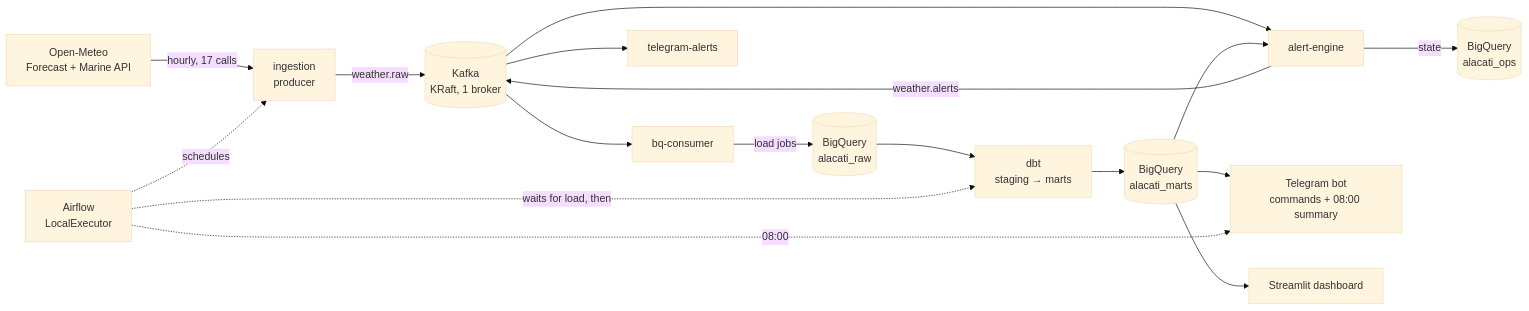
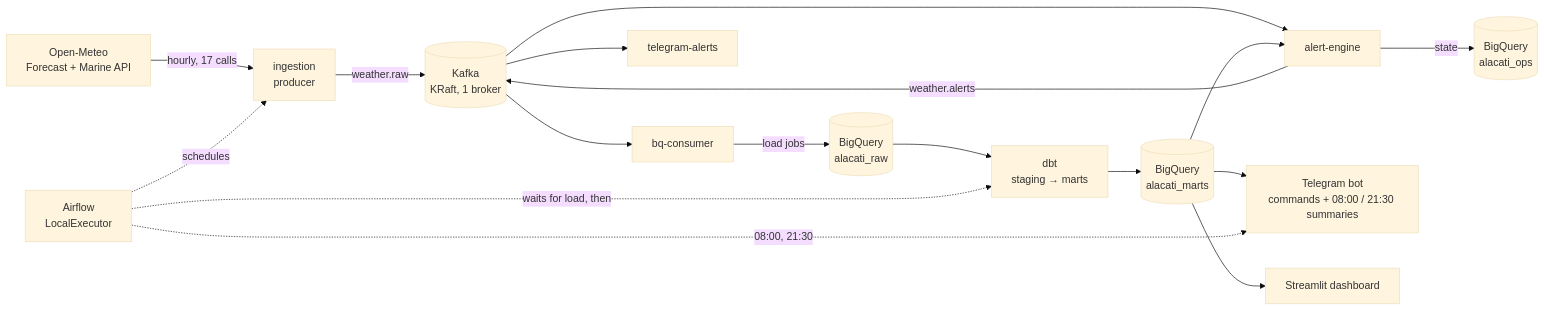
Before and after one commit to omowalee/alacati-hava: the diagram in README.md, drawn with Mermaid (base theme). The commit also changed other lines of this file and 17 other files, not shown here.

First line of the commit message:
Add 21:30 night summary; summaries wait for fresh data

````diff
--- a/README.md
+++ b/README.md
@@ -30,19 +30,19 @@
 ```mermaid
 flowchart LR
     OM[Open-Meteo<br/>Forecast + Marine API] -->|hourly, 17 calls| P[ingestion<br/>producer]
     P -->|weather.raw| K[(Kafka<br/>KRaft, 1 broker)]
     K --> C[bq-consumer]
     K --> AE[alert-engine]
     C -->|load jobs| RAW[(BigQuery<br/>alacati_raw)]
     RAW --> DBT[dbt<br/>staging → marts]
     DBT --> M[(BigQuery<br/>alacati_marts)]
     M --> AE
     AE -->|state| OPS[(BigQuery<br/>alacati_ops)]
     AE -->|weather.alerts| K
     K --> TA[telegram-alerts]
-    M --> BOT[Telegram bot<br/>commands + 08:00 summary]
+    M --> BOT[Telegram bot<br/>commands + 08:00 / 21:30 summaries]
     M --> ST[Streamlit dashboard]
     AF[Airflow<br/>LocalExecutor] -. schedules .-> P
     AF -. waits for load, then .-> DBT
-    AF -. 08:00 .-> BOT
+    AF -. 08:00, 21:30 .-> BOT
 ```
````
